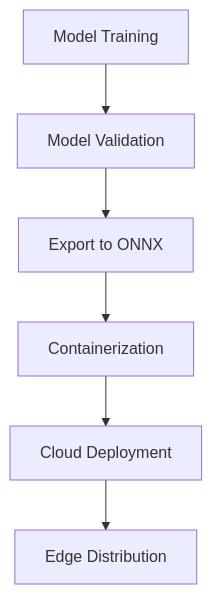
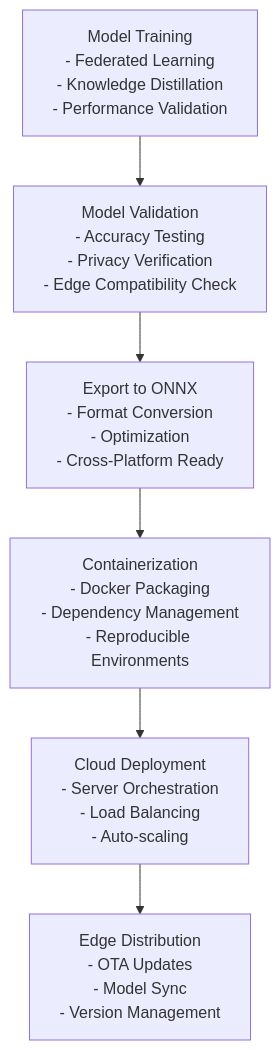
One commit to prathameshatkare/Final_Cystic_fibrosis_project changed diagram 13 of 17 in DIAGRAMS.md. Above: the diagram before and after it, drawn with Mermaid. The commit also changed other lines of this file, not shown here.

Commit message:
diagrams

````diff
--- a/DIAGRAMS.md
+++ b/DIAGRAMS.md
@@ -176,8 +222,8 @@
 ```mermaid
 graph TD
-    A[Model Training] --> B[Model Validation]
-    B --> C[Export to ONNX]
-    C --> D[Containerization]
-    D --> E[Cloud Deployment]
-    E --> F[Edge Distribution]
+    A[Model Training<br/>- Federated Learning<br/>- Knowledge Distillation<br/>- Performance Validation] --> B[Model Validation<br/>- Accuracy Testing<br/>- Privacy Verification<br/>- Edge Compatibility Check]
+    B --> C[Export to ONNX<br/>- Format Conversion<br/>- Optimization<br/>- Cross-Platform Ready]
+    C --> D[Containerization<br/>- Docker Packaging<br/>- Dependency Management<br/>- Reproducible Environments]
+    D --> E[Cloud Deployment<br/>- Server Orchestration<br/>- Load Balancing<br/>- Auto-scaling]
+    E --> F[Edge Distribution<br/>- OTA Updates<br/>- Model Sync<br/>- Version Management]
 ```
````
